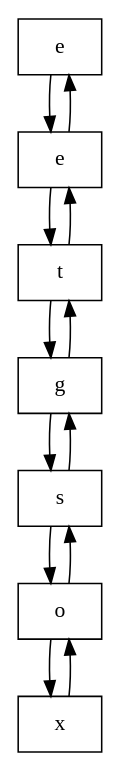
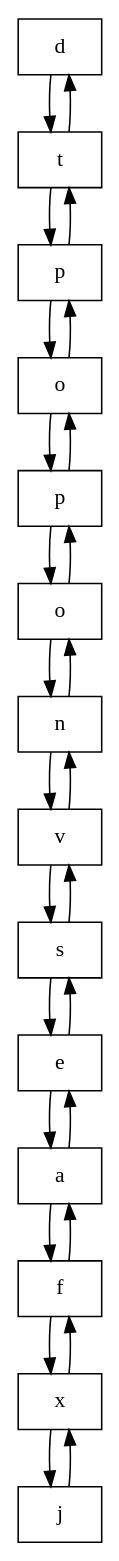
Before and after one commit to AdriGomez95/EDD_1S2020_PY1_201504236-master: the diagram in FichasDeJugador1.dot, drawn with Graphviz. The commit also changed 35 other files, not shown here.

```diff
--- a/FichasDeJugador1.dot
+++ b/FichasDeJugador1.dot
@@ -1,9 +1,16 @@
 digraph G{
-node0[shape = record,label = "e"];
-node1[shape = record,label = "e"];
-node2[shape = record,label = "t"];
-node3[shape = record,label = "g"];
-node4[shape = record,label = "s"];
+node0[shape = record,label = "d"];
+node1[shape = record,label = "t"];
+node2[shape = record,label = "p"];
+node3[shape = record,label = "o"];
+node4[shape = record,label = "p"];
 node5[shape = record,label = "o"];
-node6[shape = record,label = "x"];
-node0->node1->node2->node3->node4->node5->node6;node6->node5->node4->node3->node2->node1->node0;}
+node6[shape = record,label = "n"];
+node7[shape = record,label = "v"];
+node8[shape = record,label = "s"];
+node9[shape = record,label = "e"];
+node10[shape = record,label = "a"];
+node11[shape = record,label = "f"];
+node12[shape = record,label = "x"];
+node13[shape = record,label = "j"];
+node0->node1->node2->node3->node4->node5->node6->node7->node8->node9->node10->node11->node12->node13;node13->node12->node11->node10->node9->node8->node7->node6->node5->node4->node3->node2->node1->node0;}
```
